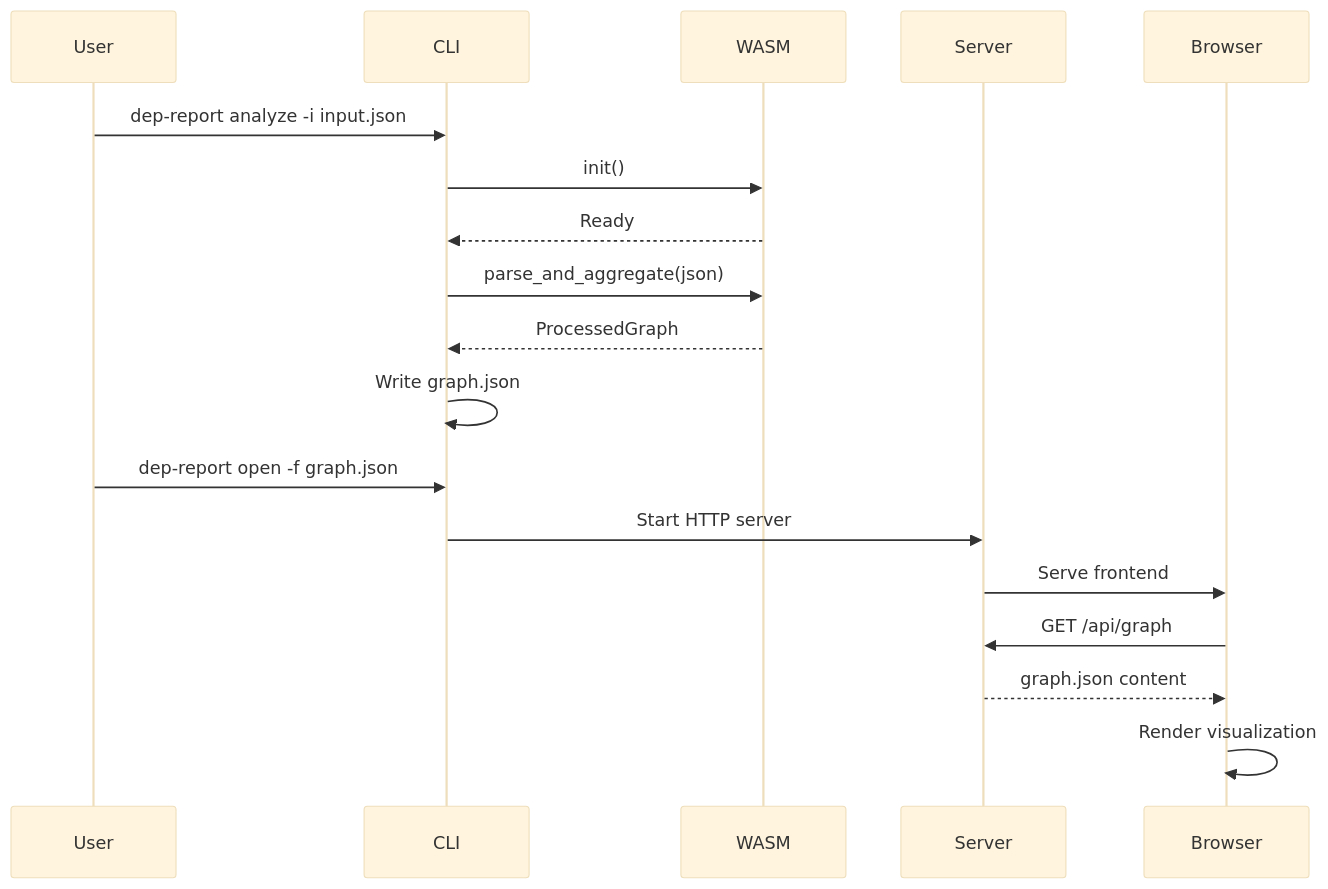
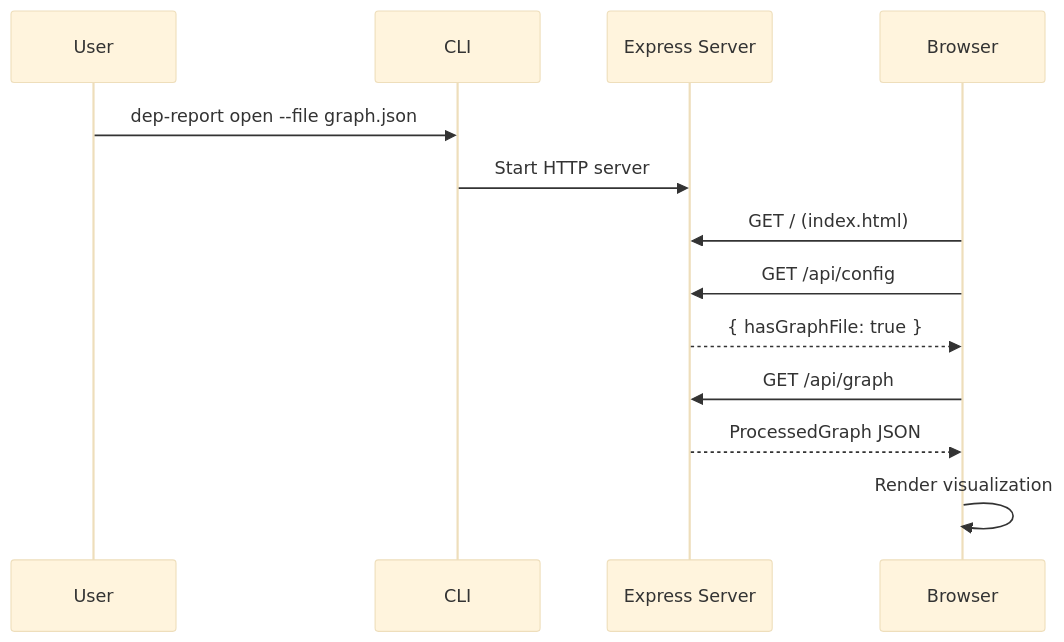
One commit to fisher-89/dependency-cruiser-reporter changed the fifth of 6 diagrams in docs/architecture/data-flow.md. Above: the diagram before and after it, drawn with Mermaid (base theme). The commit also changed other lines of this file and 20 other files, not shown here.

````diff
--- a/docs/architecture/data-flow.md
+++ b/docs/architecture/data-flow.md
@@ -182,22 +165,16 @@
 ```mermaid
 sequenceDiagram
     participant User
     participant CLI
-    participant WASM
-    participant Server
+    participant Server as Express Server
     participant Browser
 
-    User->>CLI: dep-report analyze -i input.json
-    CLI->>WASM: init()
-    WASM-->>CLI: Ready
-    CLI->>WASM: parse_and_aggregate(json)
-    WASM-->>CLI: ProcessedGraph
-    CLI->>CLI: Write graph.json
-
-    User->>CLI: dep-report open -f graph.json
+    User->>CLI: dep-report open --file graph.json
     CLI->>Server: Start HTTP server
-    Server->>Browser: Serve frontend
+    Browser->>Server: GET / (index.html)
+    Browser->>Server: GET /api/config
+    Server-->>Browser: { hasGraphFile: true }
     Browser->>Server: GET /api/graph
-    Server-->>Browser: graph.json content
+    Server-->>Browser: ProcessedGraph JSON
     Browser->>Browser: Render visualization
 ```
````
